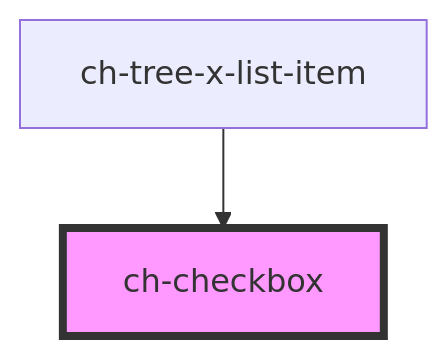
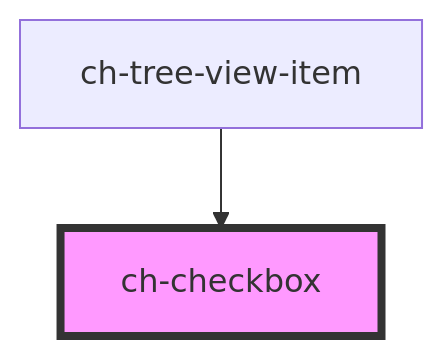
One commit to genexuslabs/chameleon-controls-library changed the diagram in src/components/checkbox/readme.md. Above: the diagram before and after it, drawn with Mermaid. The commit also changed other lines of this file and 4 other files, not shown here.

````diff
--- a/src/components/checkbox/readme.md
+++ b/src/components/checkbox/readme.md
@@ -47,5 +47,5 @@
 ```mermaid
 graph TD;
-  ch-tree-x-list-item --> ch-checkbox
+  ch-tree-view-item --> ch-checkbox
   style ch-checkbox fill:#f9f,stroke:#333,stroke-width:4px
 ```
````
